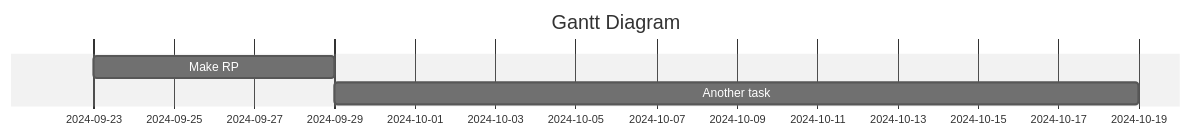
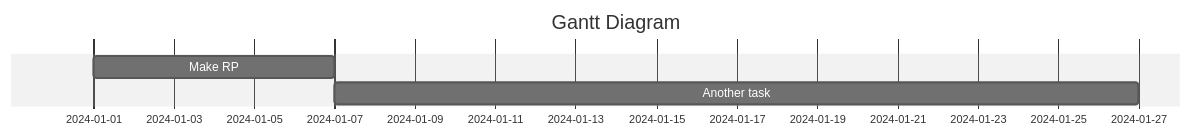
One commit to safwasd/iodraw-files changed the diagram in all/代码甘特图.md. Above: the diagram before and after it, drawn with Mermaid (neutral theme).

Commit message:
2024-09-28 14:58:11 update

````diff
--- a/all/代码甘特图.md
+++ b/all/代码甘特图.md
@@ -1,10 +1,10 @@
 ```mermaid
 gantt
     title Gantt Diagram
     dateFormat  YYYY-MM-DD
     section  
-    Make RP          :a1, 2024-9-23, 6d
+    Make RP          :a1, 2024, 6d
     Another task     :after a1  , 20d
     
             
 ```
````
